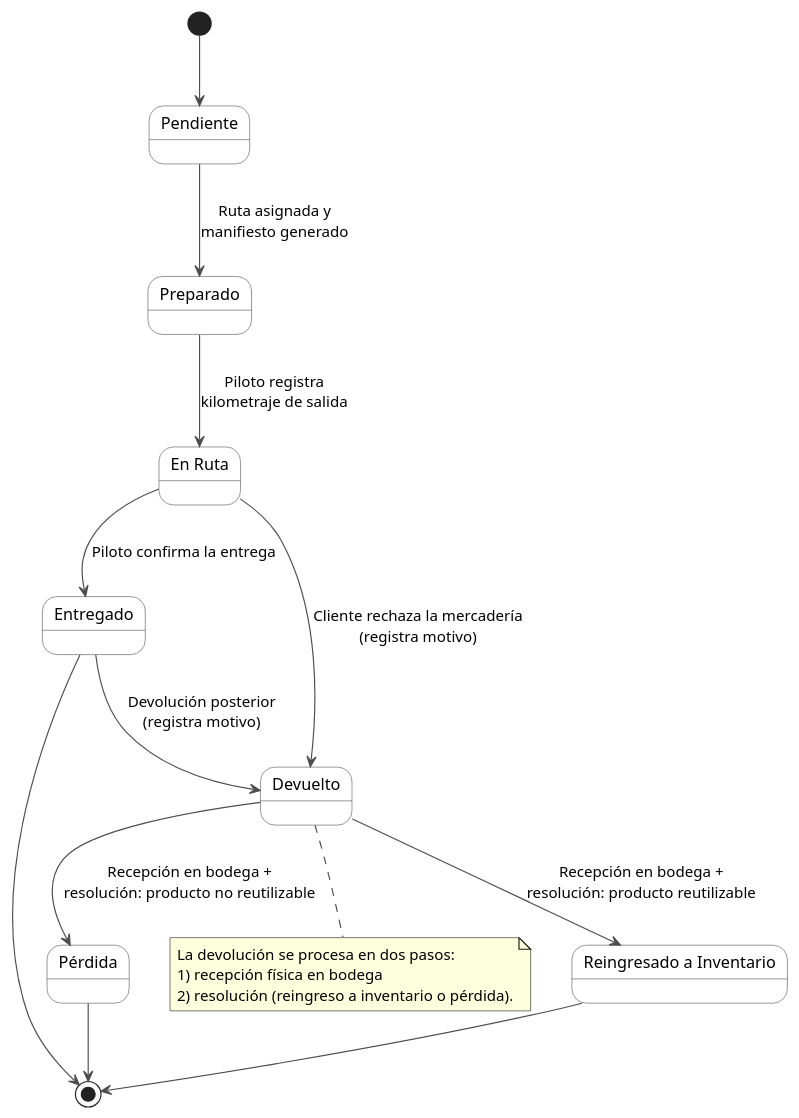
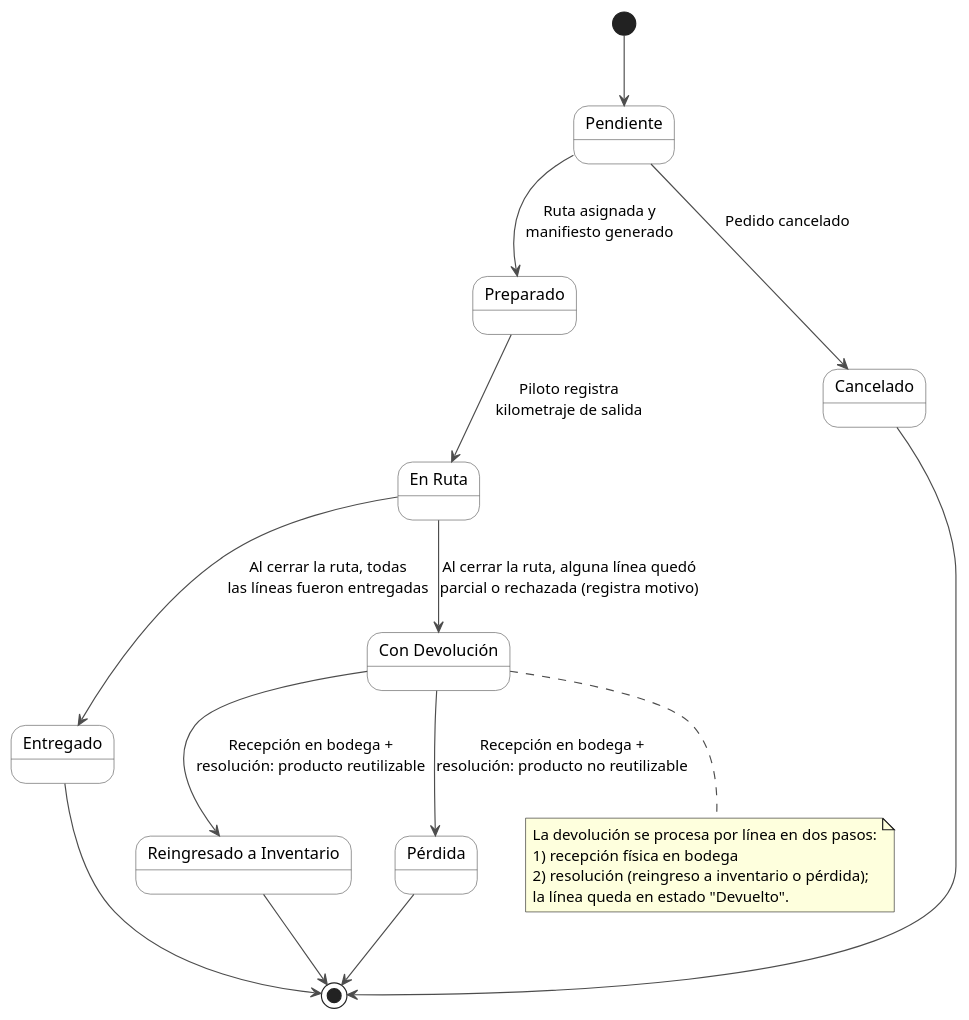
Before and after one commit to DecosUniversity/distri_yaneth_backend: the diagram in diagramas/iteraciones/iteracion4_estados.puml, drawn with PlantUML. The commit also changed 27 other files, not shown here.

First line of the commit message:
docs: alinea los diagramas de la tesis con el sistema real

```diff
--- a/diagramas/iteraciones/iteracion4_estados.puml
+++ b/diagramas/iteraciones/iteracion4_estados.puml
@@ -1,38 +1,41 @@
 @startuml iteracion4_estados
 ' Iteración 4 - Estados del pedido
 skinparam shadowing false
 skinparam state {
   BackgroundColor #FFFFFF
   BorderColor #4D4D4D
   ArrowColor #4D4D4D
   FontColor #000000
 }
 
 [*] --> Pendiente
 
 state "Pendiente" as Pendiente
 state "Preparado" as Preparado
 state "En Ruta" as EnRuta
 state "Entregado" as Entregado
-state "Devuelto" as Devuelto
+state "Con Devolución" as ConDevolucion
+state "Cancelado" as Cancelado
 state "Reingresado a Inventario" as Reingreso
 state "Pérdida" as Perdida
 
 Pendiente --> Preparado : Ruta asignada y\nmanifiesto generado
+Pendiente --> Cancelado : Pedido cancelado
 Preparado --> EnRuta : Piloto registra\nkilometraje de salida
-EnRuta --> Entregado : Piloto confirma la entrega
-EnRuta --> Devuelto : Cliente rechaza la mercadería\n(registra motivo)
-Entregado --> Devuelto : Devolución posterior\n(registra motivo)
-Devuelto --> Reingreso : Recepción en bodega +\nresolución: producto reutilizable
-Devuelto --> Perdida : Recepción en bodega +\nresolución: producto no reutilizable
+EnRuta --> Entregado : Al cerrar la ruta, todas\nlas líneas fueron entregadas
+EnRuta --> ConDevolucion : Al cerrar la ruta, alguna línea quedó\nparcial o rechazada (registra motivo)
+ConDevolucion --> Reingreso : Recepción en bodega +\nresolución: producto reutilizable
+ConDevolucion --> Perdida : Recepción en bodega +\nresolución: producto no reutilizable
 Entregado --> [*]
+Cancelado --> [*]
 Reingreso --> [*]
 Perdida --> [*]
 
-note bottom of Devuelto
-  La devolución se procesa en dos pasos:
+note bottom of ConDevolucion
+  La devolución se procesa por línea en dos pasos:
   1) recepción física en bodega
-  2) resolución (reingreso a inventario o pérdida).
+  2) resolución (reingreso a inventario o pérdida);
+  la línea queda en estado "Devuelto".
 end note
 
 @enduml
```
